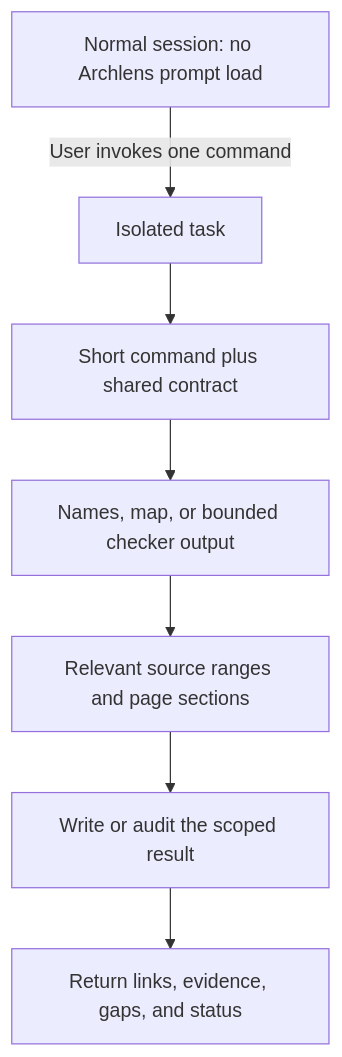
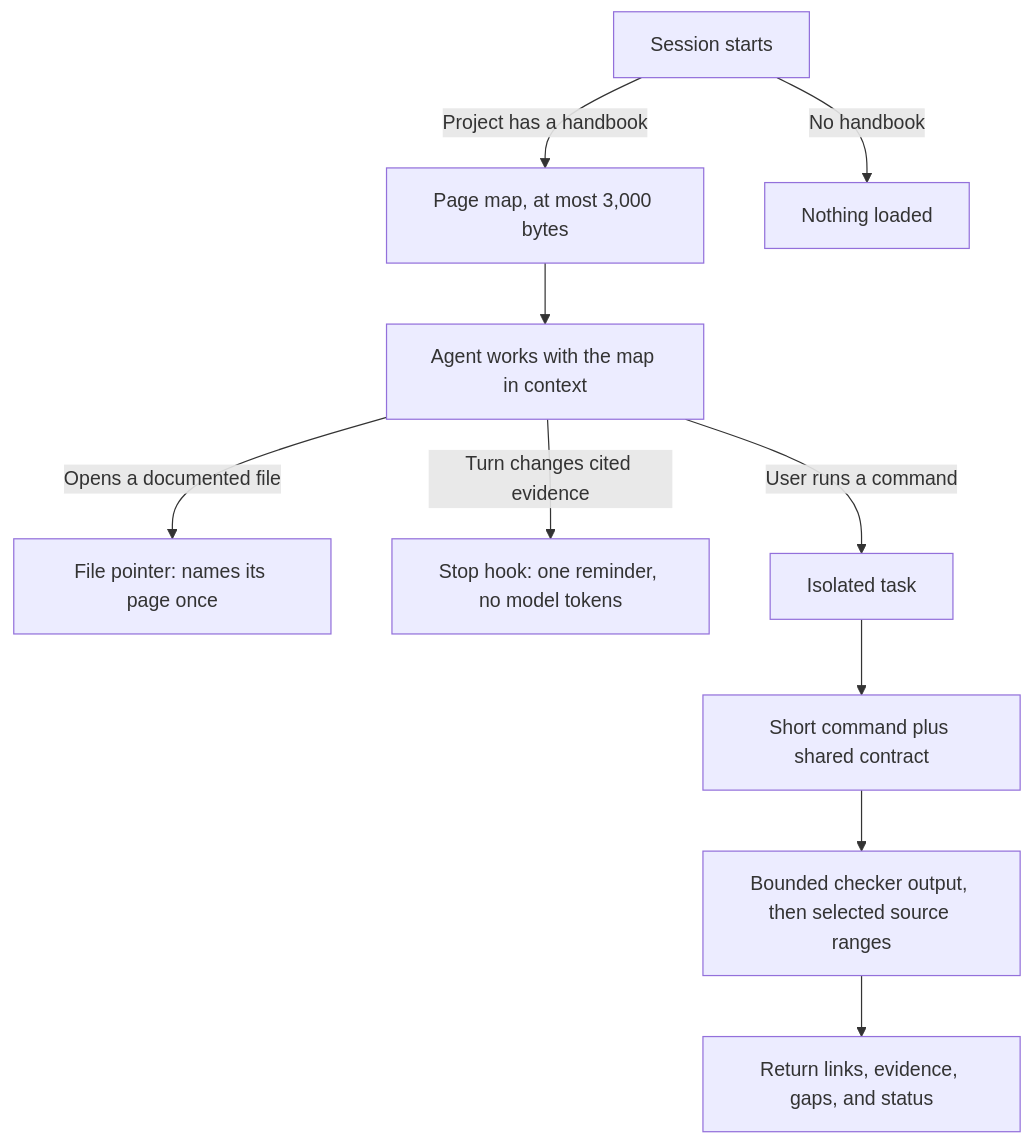
Before and after one commit to tushar-mahalya/archlens: the diagram in docs/context-efficiency.md, drawn with Mermaid. The commit also changed other lines of this file and 20 other files, not shown here.

````diff
--- a/docs/context-efficiency.md
+++ b/docs/context-efficiency.md
@@ -30,9 +30,12 @@
 ```mermaid
 flowchart TD
-    A["Normal session: no Archlens prompt load"] -->|"User invokes one command"| B["Isolated task"]
+    A["Session starts"] -->|"Project has a handbook"| M["Page map, at most 3,000 bytes"]
+    A -->|"No handbook"| N["Nothing loaded"]
+    M --> W["Agent works with the map in context"]
+    W -->|"Opens a documented file"| F["File pointer: names its page once"]
+    W -->|"Turn changes cited evidence"| H["Stop hook: one reminder, no model tokens"]
+    W -->|"User runs a command"| B["Isolated task"]
     B --> C["Short command plus shared contract"]
-    C --> D["Names, map, or bounded checker output"]
-    D --> E["Relevant source ranges and page sections"]
-    E --> F["Write or audit the scoped result"]
-    F --> G["Return links, evidence, gaps, and status"]
+    C --> D["Bounded checker output, then selected source ranges"]
+    D --> G["Return links, evidence, gaps, and status"]
 ```
````
